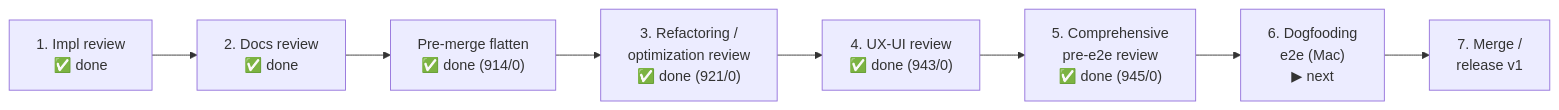
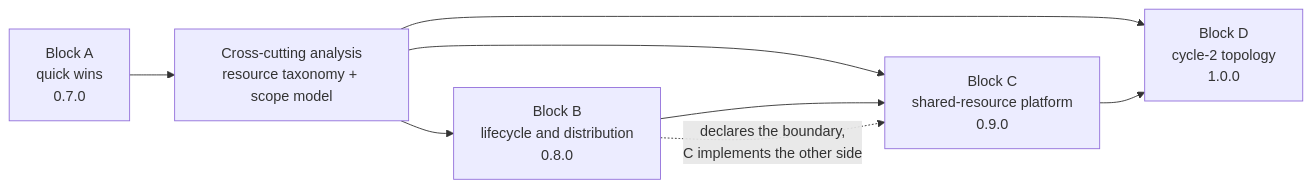
One commit to alergyonthestage/claude-orchestrator changed the diagram in docs/maintainers/roadmap.md. Above: the diagram before and after it, drawn with Mermaid. The commit also changed other lines of this file and 1 other file, not shown here.

First line of the commit message:
docs(roadmap): restructure around the four ratified blocks; condense cycle 1 into history

````diff
--- a/docs/maintainers/roadmap.md
+++ b/docs/maintainers/roadmap.md
@@ -932,10 +64,10 @@
 ```mermaid
 flowchart LR
-  A["1. Impl review<br/>✅ done"] --> B["2. Docs review<br/>✅ done"]
-  B --> X["Pre-merge flatten<br/>✅ done (914/0)"]
-  X --> C["3. Refactoring /<br/>optimization review<br/>✅ done (921/0)"]
-  C --> D["4. UX-UI review<br/>✅ done (943/0)"]
-  D --> R["5. Comprehensive<br/>pre-e2e review<br/>✅ done (945/0)"]
-  R --> E["6. Dogfooding<br/>e2e (Mac)<br/>▶ next"]
-  E --> F["7. Merge /<br/>release v1"]
+  A["Block A<br/>quick wins<br/>0.7.0"] --> AN["Cross-cutting analysis<br/>resource taxonomy + scope model"]
+  AN --> B["Block B<br/>lifecycle and distribution<br/>0.8.0"]
+  AN --> C["Block C<br/>shared-resource platform<br/>0.9.0"]
+  AN --> D["Block D<br/>cycle-2 topology<br/>1.0.0"]
+  B --> C
+  C --> D
+  B -. "declares the boundary,<br/>C implements the other side" .-> C
 ```
````
